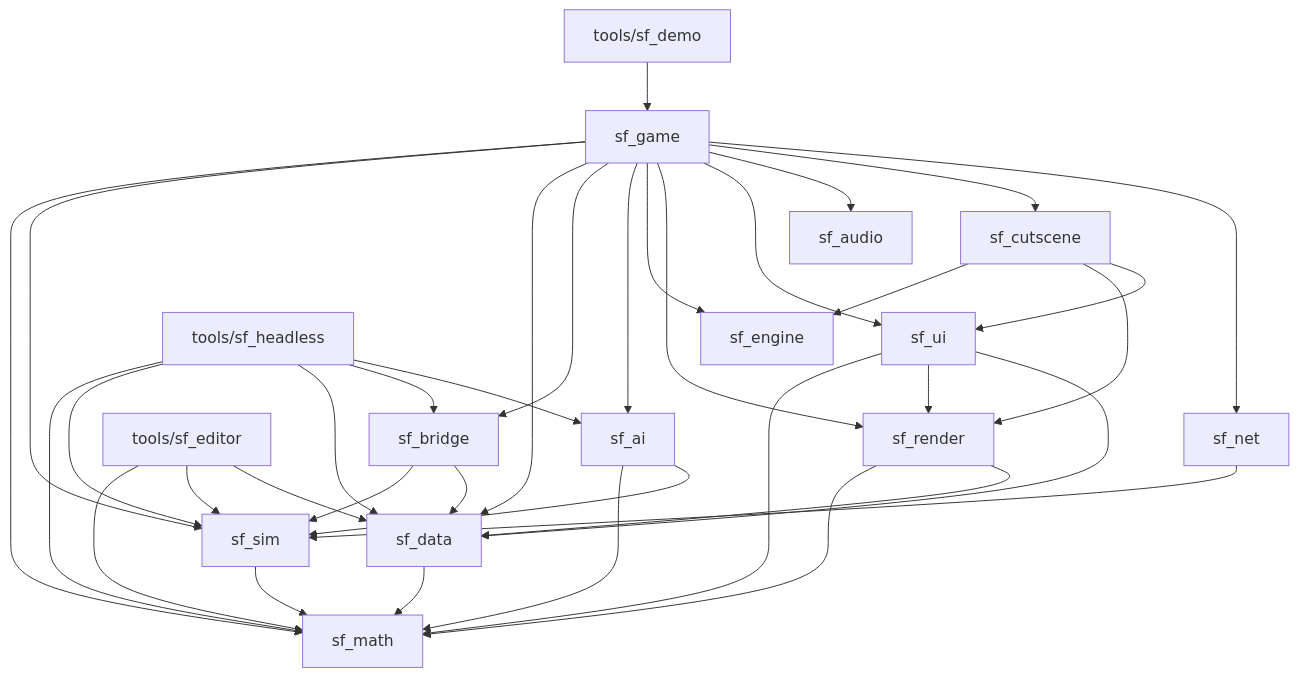
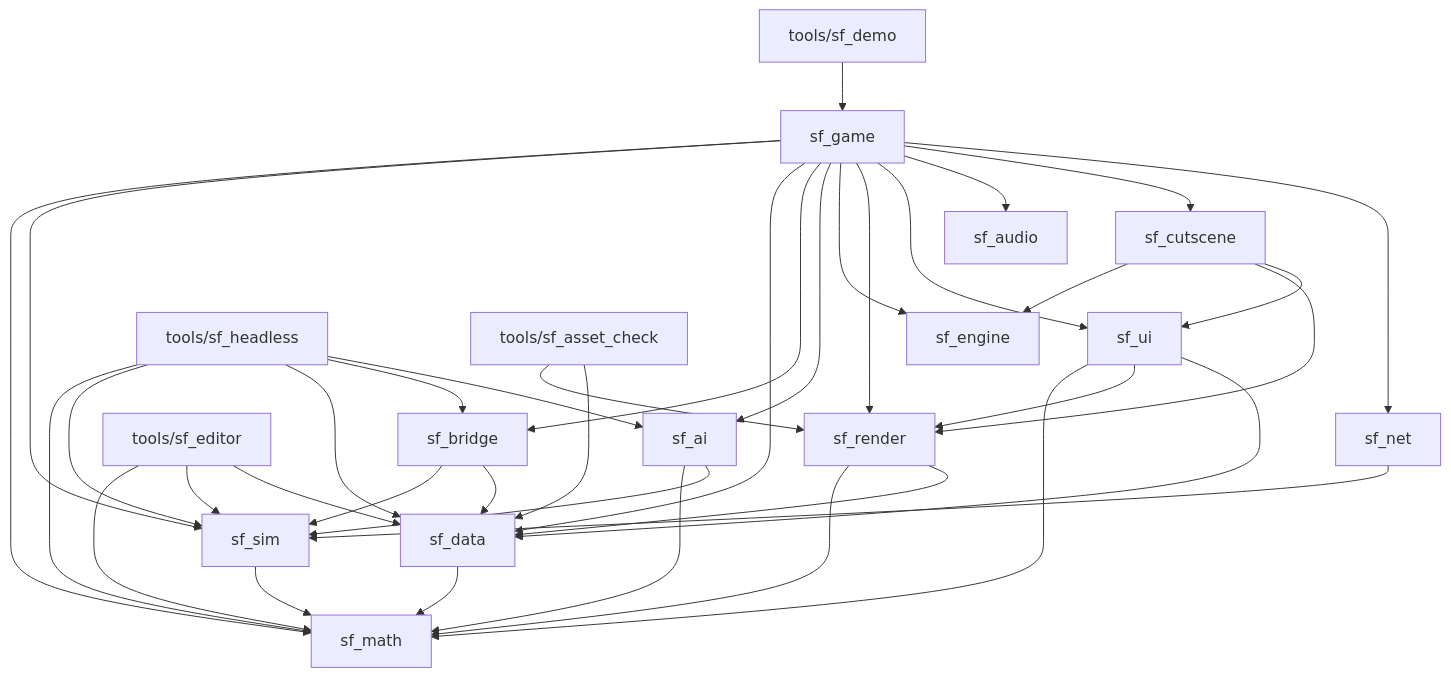
One commit to ultrasonicoverdrive/staalfront changed the diagram in docs/architecture.md. Above: the diagram before and after it, drawn with Mermaid. The commit also changed other lines of this file and 62 other files, not shown here.

First line of the commit message:
Add art set v3 (30 models), sf_asset_check and the set_v3 model pack (#42)

````diff
--- a/docs/architecture.md
+++ b/docs/architecture.md
@@ -46,38 +47,40 @@
 ```mermaid
 graph TD
   sf_sim --> sf_math
   sf_data --> sf_math
   sf_bridge --> sf_sim
   sf_bridge --> sf_data
   sf_ai --> sf_math
   sf_ai --> sf_sim
   sf_render --> sf_math
   sf_render --> sf_data
   sf_ui --> sf_math
   sf_ui --> sf_render
   sf_ui --> sf_data
   sf_net --> sf_sim
   sf_game --> sf_math
   sf_game --> sf_sim
   sf_game --> sf_data
   sf_game --> sf_bridge
   sf_game --> sf_ai
   sf_game --> sf_engine
   sf_game --> sf_render
   sf_game --> sf_ui
   sf_game --> sf_audio
   sf_game --> sf_cutscene
   sf_game --> sf_net
   sf_cutscene --> sf_engine
   sf_cutscene --> sf_render
   sf_cutscene --> sf_ui
   sf_headless[tools/sf_headless] --> sf_math
   sf_headless --> sf_sim
   sf_headless --> sf_data
   sf_headless --> sf_bridge
   sf_headless --> sf_ai
   sf_demo[tools/sf_demo] --> sf_game
   sf_editor[tools/sf_editor] --> sf_math
   sf_editor --> sf_sim
   sf_editor --> sf_data
+  sf_asset_check[tools/sf_asset_check] --> sf_render
+  sf_asset_check --> sf_data
 ```
````
